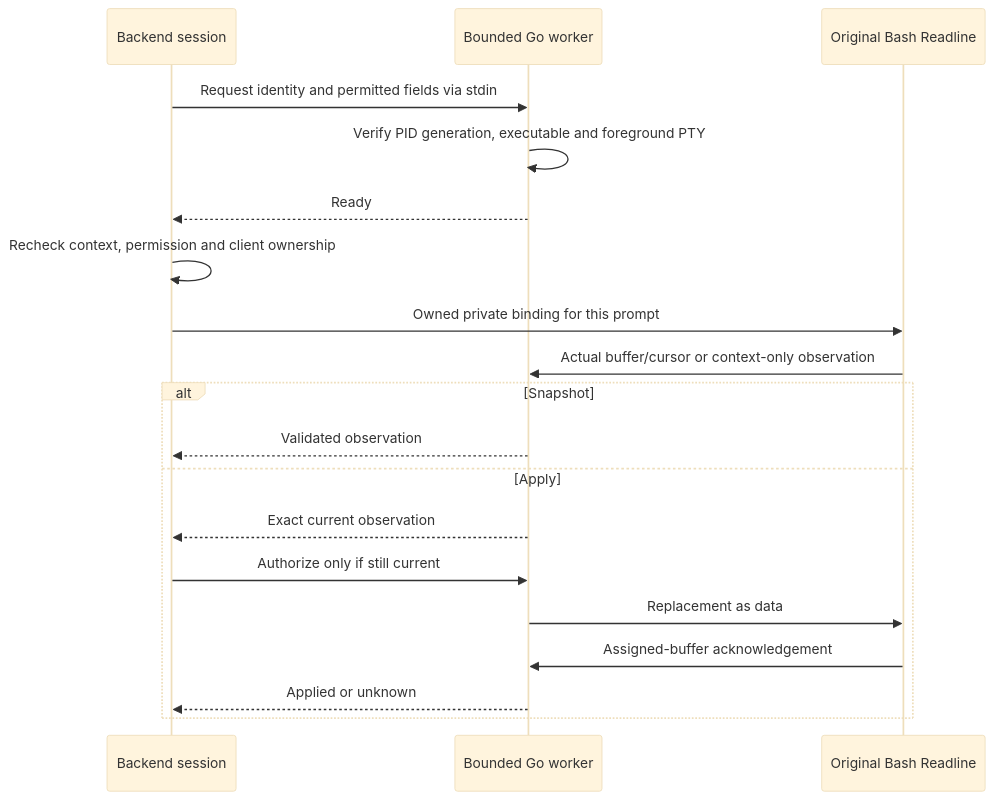
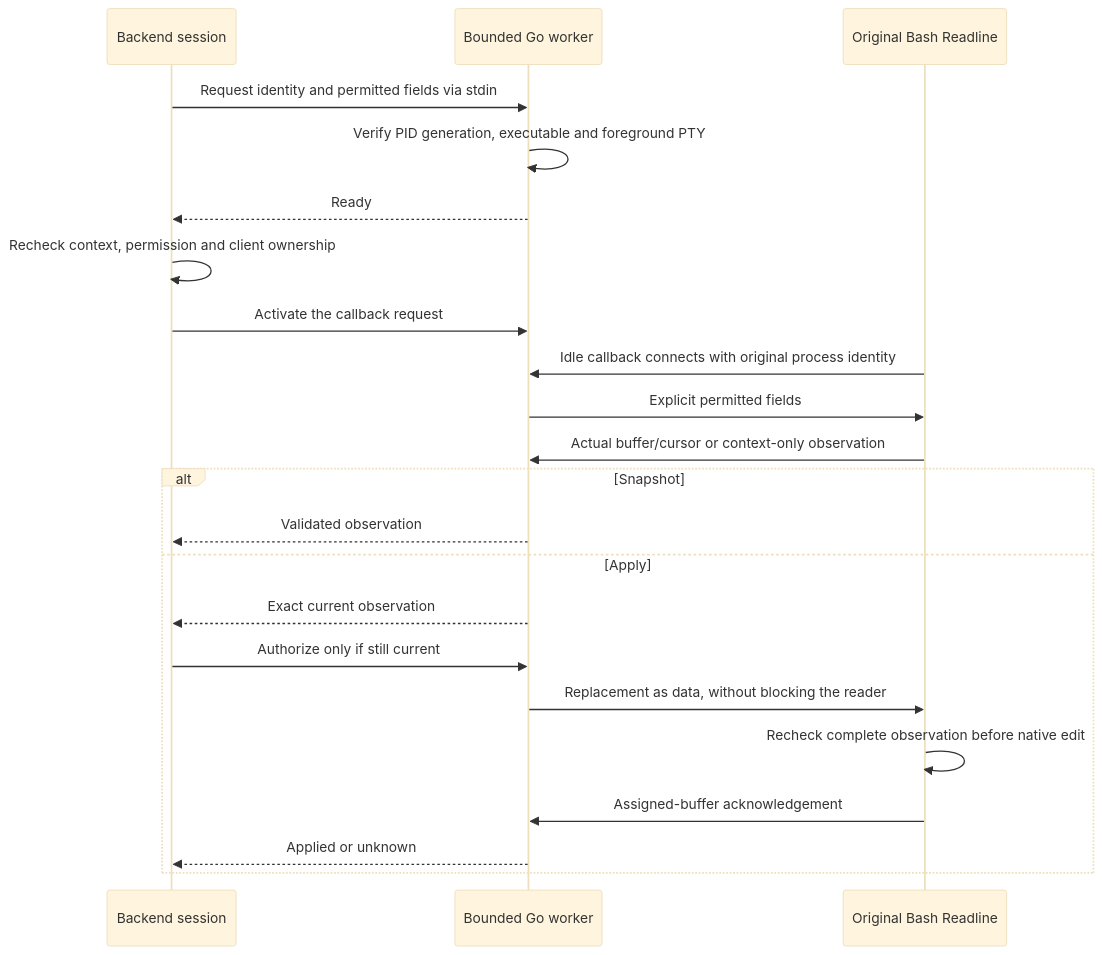
Before and after one commit to agoudbg/Cosmosh: the fourth of 5 diagrams in docs/developer/runtime/ssh-terminal.md, drawn with Mermaid (base theme). The commit also changed other lines of this file and 41 other files, not shown here.

Commit message:
feat(terminal): observe bash through native idle callbacks

````diff
--- a/docs/developer/runtime/ssh-terminal.md
+++ b/docs/developer/runtime/ssh-terminal.md
@@ -561,21 +565,24 @@
 ```mermaid
 sequenceDiagram
   participant B as Backend session
   participant G as Bounded Go worker
   participant E as Original Bash Readline
   B->>G: Request identity and permitted fields via stdin
   G->>G: Verify PID generation, executable and foreground PTY
   G-->>B: Ready
   B->>B: Recheck context, permission and client ownership
-  B->>E: Owned private binding for this prompt
+  B->>G: Activate the callback request
+  E->>G: Idle callback connects with original process identity
+  G->>E: Explicit permitted fields
   E->>G: Actual buffer/cursor or context-only observation
   alt Snapshot
     G-->>B: Validated observation
   else Apply
     G-->>B: Exact current observation
     B->>G: Authorize only if still current
-    G->>E: Replacement as data
+    G->>E: Replacement as data, without blocking the reader
+    E->>E: Recheck complete observation before native edit
     E->>G: Assigned-buffer acknowledgement
     G-->>B: Applied or unknown
   end
 ```
````
